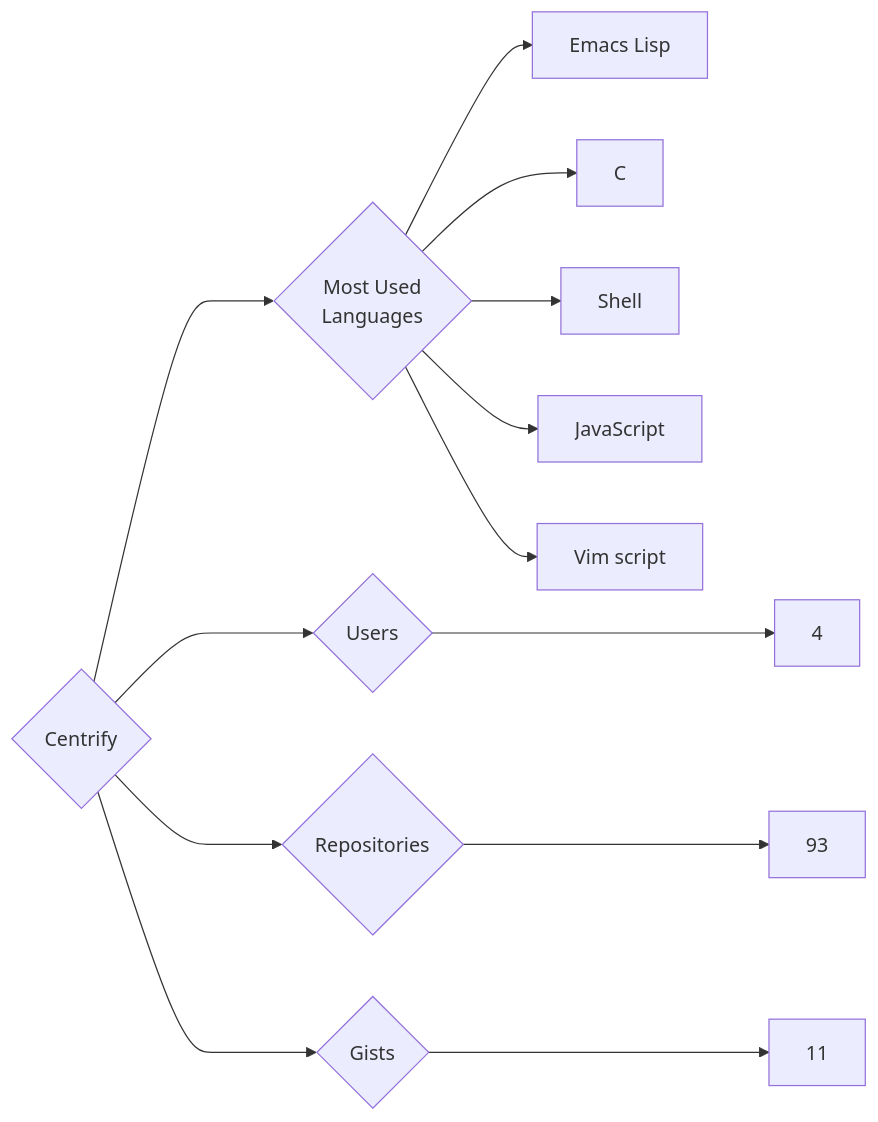
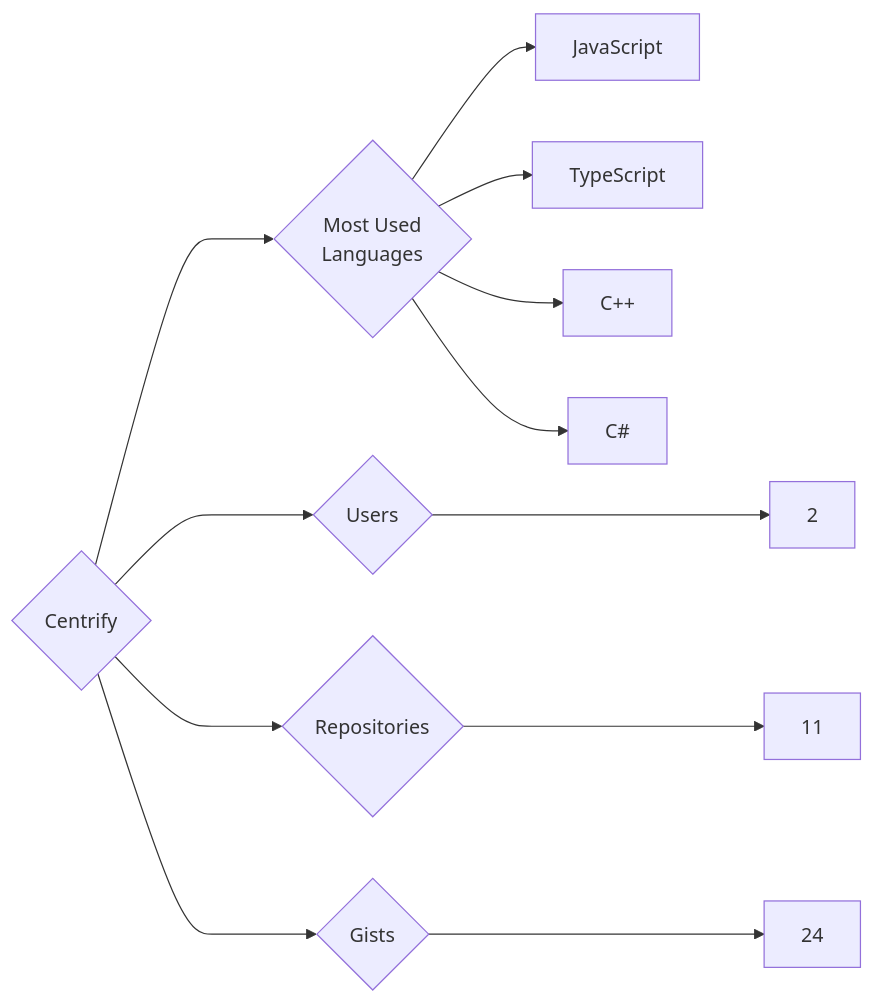
The diagram in targets/Centrify/README.md (trickest/insiders), drawn with Mermaid before and after one commit. The commit also changed 757 other files, not shown here.

````diff
--- a/targets/Centrify/README.md
+++ b/targets/Centrify/README.md
@@ -3,13 +3,12 @@
 ```mermaid
 graph LR
 COMPANY_NAME{Centrify}
-COMPANY_NAME ---> U{Users} ---> UN[4]
-COMPANY_NAME ---> R{Repositories} ---> RN[93]
-COMPANY_NAME ---> G{Gists} ---> GN[11]
+COMPANY_NAME ---> U{Users} ---> UN[2]
+COMPANY_NAME ---> R{Repositories} ---> RN[11]
+COMPANY_NAME ---> G{Gists} ---> GN[24]
 COMPANY_NAME ---> ML{Most Used<br>Languages}
-ML --> Emacs_Lisp[Emacs Lisp]
-ML --> C[C]
-ML --> Shell[Shell]
 ML --> JavaScript[JavaScript]
-ML --> Vim_script[Vim script]
+ML --> TypeScript[TypeScript]
+ML --> C++[C++]
+ML --> C#[C#]
 ```
````
